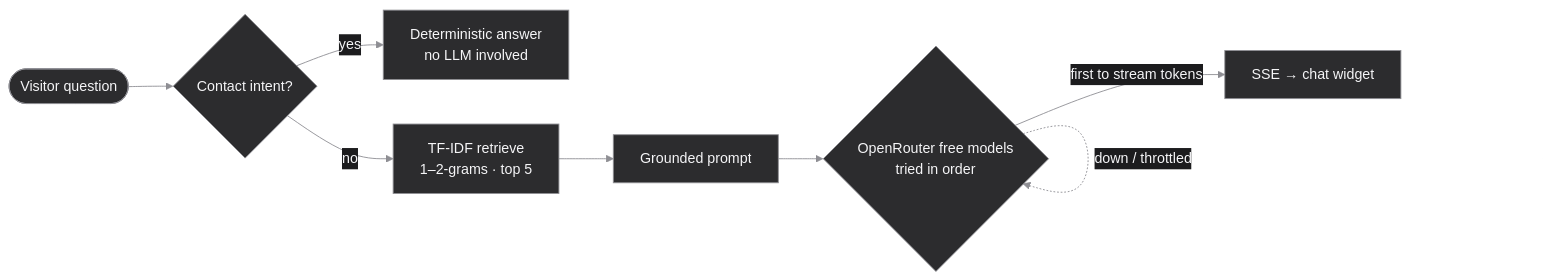
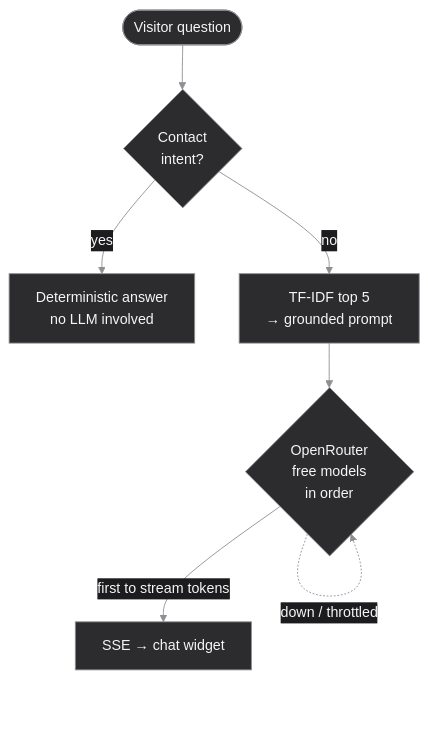
The third of 4 diagrams in README.md (ahmedali-aihub/ahmedali-aihub), drawn with Mermaid before and after one commit. The commit also changed other lines of this file, not shown here.

Commit message:
Lay out architecture diagrams top-to-bottom so GitHub's controls never cover a node

````diff
--- a/README.md
+++ b/README.md
@@ -208,9 +203,10 @@
 ```mermaid
 %%{init: {'theme':'base','themeVariables':{'primaryColor':'#2c2c2e','primaryTextColor':'#f5f5f7','primaryBorderColor':'#8e8e93','lineColor':'#8e8e93','textColor':'#f5f5f7','secondaryColor':'#1c1c1e','tertiaryColor':'#1c1c1e','edgeLabelBackground':'#1c1c1e','fontFamily':'-apple-system,Segoe UI,Helvetica,Arial,sans-serif'}}}%%
-flowchart LR
-  V([Visitor question]) --> I{"Contact intent?"}
+flowchart TB
+  V([Visitor question]) --> I{"Contact<br/>intent?"}
   I -- yes --> D["Deterministic answer<br/>no LLM involved"]
-  I -- no --> T["TF-IDF retrieve<br/>1–2-grams · top 5"] --> P["Grounded prompt"] --> C{"OpenRouter free models<br/>tried in order"}
+  I -- no --> T["TF-IDF top 5<br/>→ grounded prompt"]
+  T --> C{"OpenRouter<br/>free models<br/>in order"}
   C -- "first to stream tokens" --> S["SSE → chat widget"]
   C -. "down / throttled" .-> C
 ```
````
